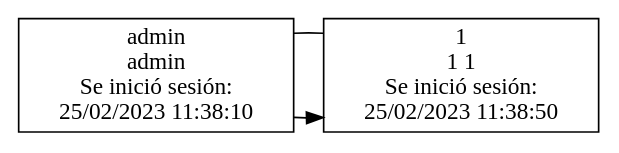
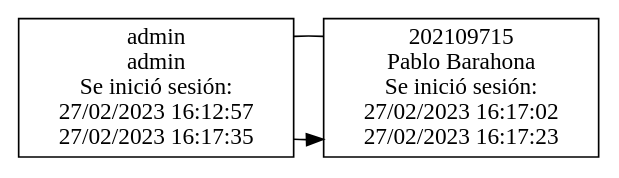
The diagram in EDD_Proyecto1_Fase1/Inicios de sesión/estudiantes.dot (Barahona1602/Sistema-de-Archivos), drawn with Graphviz before and after one commit. The commit also changed 10 other files, not shown here.

```diff
--- a/EDD_Proyecto1_Fase1/Inicios de sesión/estudiantes.dot
+++ b/EDD_Proyecto1_Fase1/Inicios de sesión/estudiantes.dot
@@ -1,18 +1,22 @@
 digraph {
 node [shape=box]
 {rank=same "admin
 admin 
 Se inició sesión:
-25/02/2023 11:38:10" -> "1
-1 1
+27/02/2023 16:12:57
+27/02/2023 16:17:35" -> "202109715
+Pablo Barahona
 Se inició sesión:
-25/02/2023 11:38:50"}
+27/02/2023 16:17:02
+27/02/2023 16:17:23"}
 edge [dir=none]
 {rank=same "admin
 admin 
 Se inició sesión:
-25/02/2023 11:38:10" -> "1
-1 1
+27/02/2023 16:12:57
+27/02/2023 16:17:35" -> "202109715
+Pablo Barahona
 Se inició sesión:
-25/02/2023 11:38:50"}
+27/02/2023 16:17:02
+27/02/2023 16:17:23"}
 }
```
